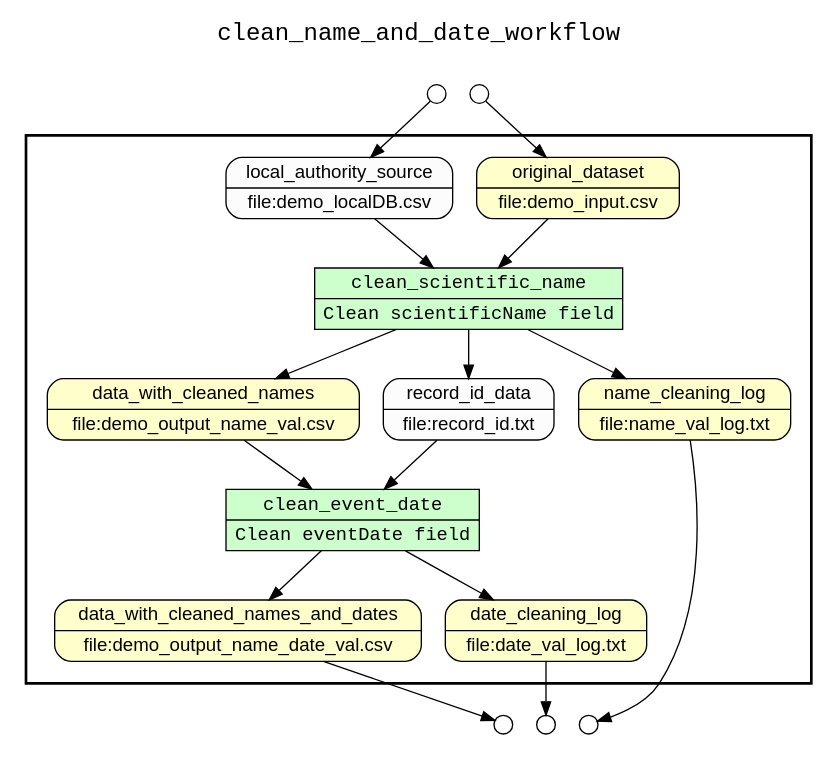
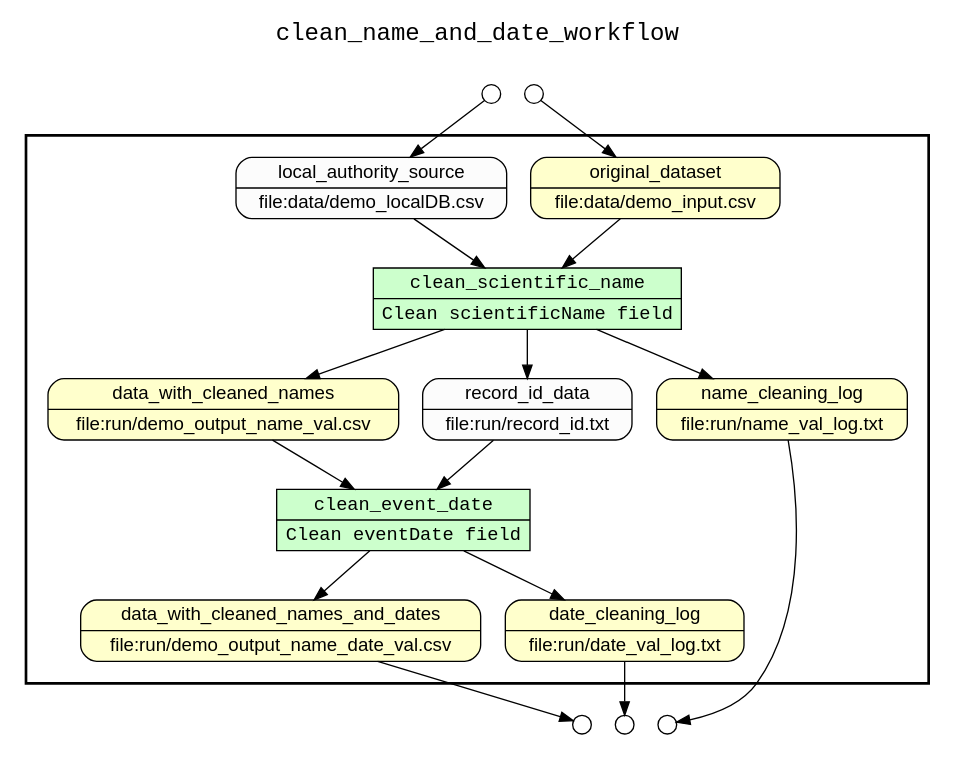
Before and after one commit to LanLi2017/yw-idcc-17: the diagram in examples/kurator-SPNHC16-YW-xsb/results/complete_wf_graph_uri.gv, drawn with Graphviz. The commit also changed 58 other files, not shown here.

```diff
--- a/examples/kurator-SPNHC16-YW-xsb/results/complete_wf_graph_uri.gv
+++ b/examples/kurator-SPNHC16-YW-xsb/results/complete_wf_graph_uri.gv
@@ -1,48 +1,96 @@
+
+/* Start of top-level graph */
 digraph Workflow {
 rankdir=TB
+
+/* Title for graph */
 fontname=Courier; fontsize=18; labelloc=t
 label=clean_name_and_date_workflow
+
+/* Start of double cluster for drawing box around nodes in workflow */
 subgraph cluster_workflow_box_outer { label=""; color=black; penwidth=2
 subgraph cluster_workflow_box_inner { label=""; color=white
+
+/* Style for nodes representing atomic programs in workflow */
 node[shape=box style=filled fillcolor="#CCFFCC" peripheries=1 fontname=Courier]
+
+/* Nodes representing atomic programs in workflow */
+
+/* Style for nodes representing composite programs (sub-workflows) in workflow */
 node[shape=box style=filled fillcolor="#CCFFCC" peripheries=2 fontname=Courier]
+
+/* Nodes representing composite programs (sub-workflows) in workflow */
 clean_scientific_name [shape=record rankdir=LR label="{<f0> clean_scientific_name |<f1> Clean scientificName field}"];
 clean_event_date [shape=record rankdir=LR label="{<f0> clean_event_date |<f1> Clean eventDate field}"];
+
+/* Style for nodes representing non-parameter data channels in workflow */
 node[shape=box style="rounded,filled" fillcolor="#FFFFCC" peripheries=1 fontname=Helvetica]
-name_cleaning_log [shape=record rankdir=LR label="{<f0> name_cleaning_log |<f1> file\:name_val_log.txt}"];
-data_with_cleaned_names_and_dates [shape=record rankdir=LR label="{<f0> data_with_cleaned_names_and_dates |<f1> file\:demo_output_name_date_val.csv}"];
-date_cleaning_log [shape=record rankdir=LR label="{<f0> date_cleaning_log |<f1> file\:date_val_log.txt}"];
-original_dataset [shape=record rankdir=LR label="{<f0> original_dataset |<f1> file\:demo_input.csv}"];
-data_with_cleaned_names [shape=record rankdir=LR label="{<f0> data_with_cleaned_names |<f1> file\:demo_output_name_val.csv}"];
+
+/* Nodes for non-parameter data channels in workflow */
+name_cleaning_log [shape=record rankdir=LR label="{<f0> name_cleaning_log |<f1> file\:run/name_val_log.txt}"];
+data_with_cleaned_names_and_dates [shape=record rankdir=LR label="{<f0> data_with_cleaned_names_and_dates |<f1> file\:run/demo_output_name_date_val.csv}"];
+date_cleaning_log [shape=record rankdir=LR label="{<f0> date_cleaning_log |<f1> file\:run/date_val_log.txt}"];
+original_dataset [shape=record rankdir=LR label="{<f0> original_dataset |<f1> file\:data/demo_input.csv}"];
+data_with_cleaned_names [shape=record rankdir=LR label="{<f0> data_with_cleaned_names |<f1> file\:run/demo_output_name_val.csv}"];
+
+/* Style for nodes representing parameter channels in workflow */
 node[shape=box style="rounded,filled" fillcolor="#FCFCFC" peripheries=1 fontname=Helvetica]
-local_authority_source [shape=record rankdir=LR label="{<f0> local_authority_source |<f1> file\:demo_localDB.csv}"];
-record_id_data [shape=record rankdir=LR label="{<f0> record_id_data |<f1> file\:record_id.txt}"];
+
+/* Nodes representing parameter channels in workflow */
+local_authority_source [shape=record rankdir=LR label="{<f0> local_authority_source |<f1> file\:data/demo_localDB.csv}"];
+record_id_data [shape=record rankdir=LR label="{<f0> record_id_data |<f1> file\:run/record_id.txt}"];
+
+/* Edges representing connections between programs and channels */
 clean_scientific_name -> data_with_cleaned_names
 clean_scientific_name -> name_cleaning_log
 clean_scientific_name -> record_id_data
 local_authority_source -> clean_scientific_name
 original_dataset -> clean_scientific_name
 clean_event_date -> data_with_cleaned_names_and_dates
 clean_event_date -> date_cleaning_log
 data_with_cleaned_names -> clean_event_date
 record_id_data -> clean_event_date
+
+/* End of double cluster for drawing box around nodes in workflow */
 }}
+
+/* Hidden double-cluster for grouping workflow input ports */
 subgraph cluster_input_ports_group_outer { label=""; color=white
 subgraph cluster_input_ports_group_inner { label=""; color=white
+
+/* Style for nodes representing workflow input ports */
 node[shape=circle style="rounded,filled" fillcolor="#FFFFFF" peripheries=1 fontname=Helvetica width=0.2]
+
+/* Nodes representing workflow input ports */
 original_dataset_input_port [label=""]
 local_authority_source_input_port [label=""]
+
+/* End of double-cluster for grouping workflow input ports */
 }}
+
+/* Hidden double-cluster for grouping workflow output ports */
 subgraph cluster_output_ports_group_outer { label=""; color=white
 subgraph cluster_output_ports_group_inner { label=""; color=white
+
+/* Style for nodes representing workflow output ports */
 node[shape=circle style="rounded,filled" fillcolor="#FFFFFF" peripheries=1 fontname=Helvetica width=0.2]
+
+/* Nodes representing workflow output ports */
 name_cleaning_log_output_port [label=""]
 data_with_cleaned_names_and_dates_output_port [label=""]
 date_cleaning_log_output_port [label=""]
+
+/* End of double-cluster for grouping workflow output ports */
 }}
+
+/* Edges from input ports to channels */
 original_dataset_input_port -> original_dataset
 local_authority_source_input_port -> local_authority_source
+
+/* Edges from channels to output ports */
 name_cleaning_log -> name_cleaning_log_output_port
 data_with_cleaned_names_and_dates -> data_with_cleaned_names_and_dates_output_port
 date_cleaning_log -> date_cleaning_log_output_port
+
+/* End of top-level graph */
 }
```
